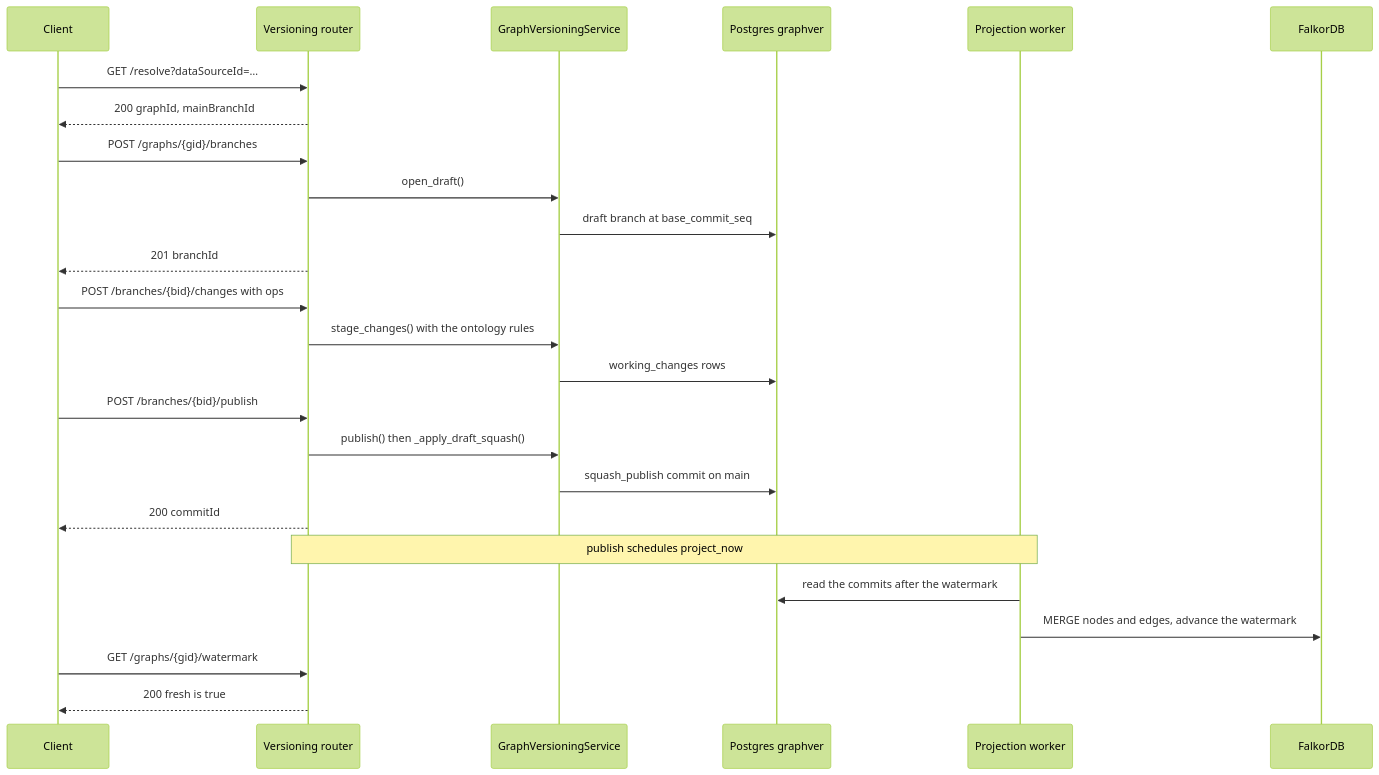
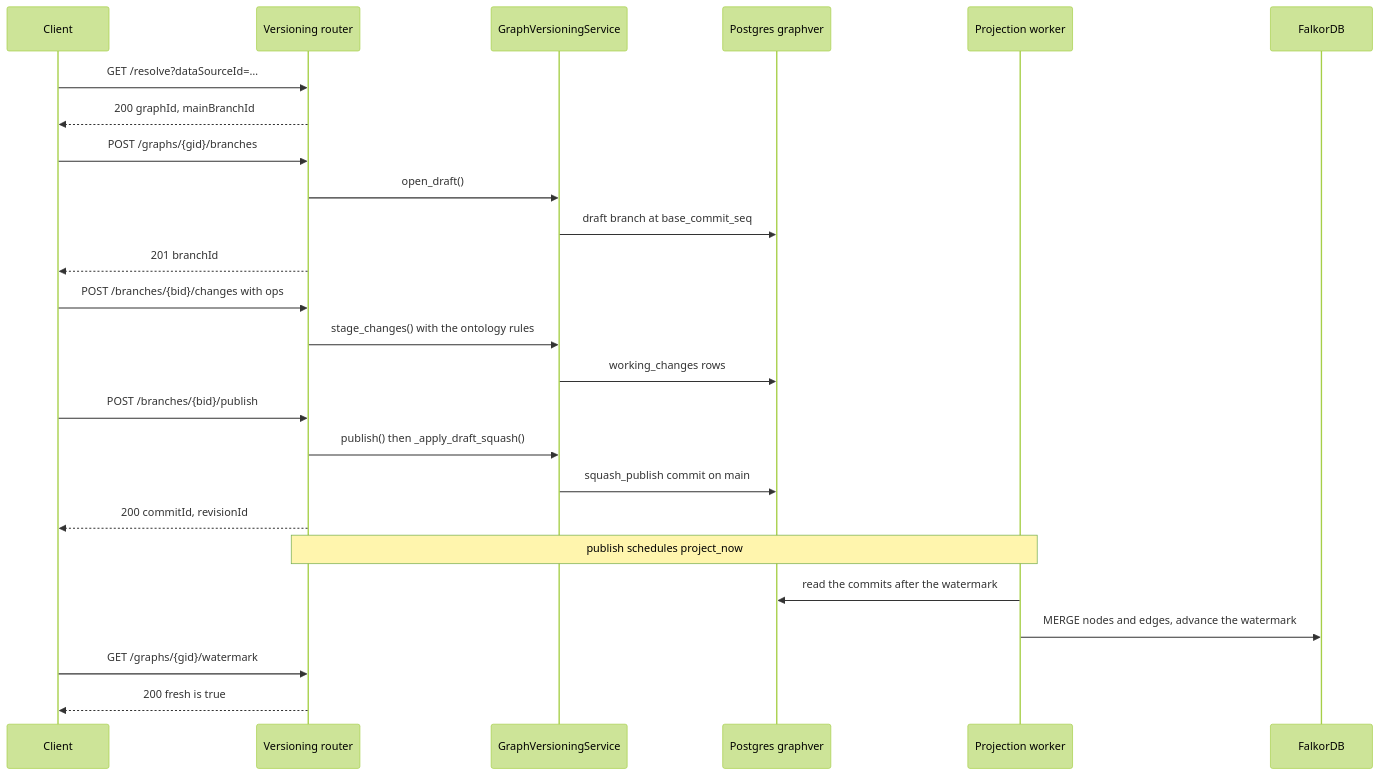
One commit to rkrumins/dataviz changed the diagram in docs/versioning/06-api-reference.md. Above: the diagram before and after it, drawn with Mermaid (forest theme). The commit also changed other lines of this file and 12 other files, not shown here.

````diff
--- a/docs/versioning/06-api-reference.md
+++ b/docs/versioning/06-api-reference.md
@@ -506,28 +508,28 @@
 ```mermaid
 sequenceDiagram
     participant C as Client
     participant V as Versioning router
     participant S as GraphVersioningService
     participant PG as Postgres graphver
     participant W as Projection worker
     participant F as FalkorDB
 
     C->>V: GET /resolve?dataSourceId=…
     V-->>C: 200 graphId, mainBranchId
     C->>V: POST /graphs/{gid}/branches
     V->>S: open_draft()
     S->>PG: draft branch at base_commit_seq
     V-->>C: 201 branchId
     C->>V: POST /branches/{bid}/changes with ops
     V->>S: stage_changes() with the ontology rules
     S->>PG: working_changes rows
     C->>V: POST /branches/{bid}/publish
     V->>S: publish() then _apply_draft_squash()
     S->>PG: squash_publish commit on main
-    V-->>C: 200 commitId
+    V-->>C: 200 commitId, revisionId
     Note over V,W: publish schedules project_now
     W->>PG: read the commits after the watermark
     W->>F: MERGE nodes and edges, advance the watermark
     C->>V: GET /graphs/{gid}/watermark
     V-->>C: 200 fresh is true
 ```
````
